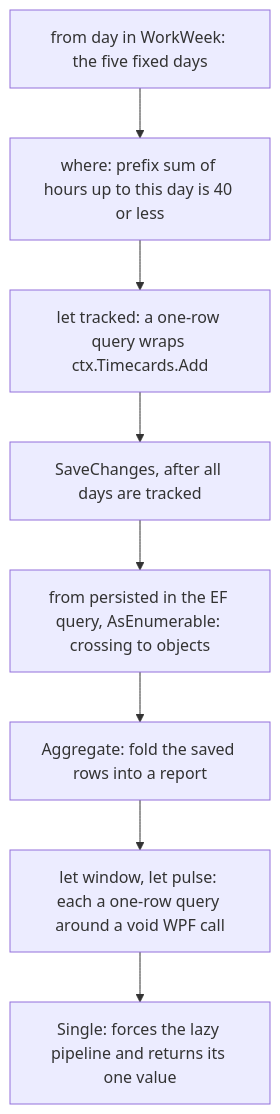
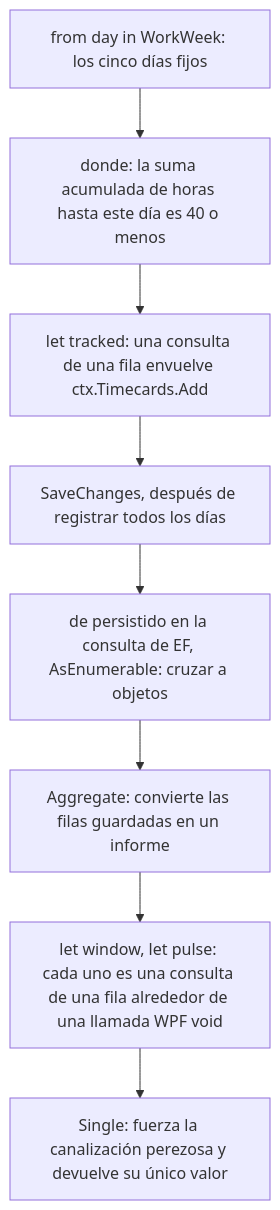
The diagram in src/LinqChallenge2/README.md (dullroar/aprende-a-programar-como-un-bicho-raro), drawn with Mermaid before and after one commit. The commit also changed other lines of this file and 17 other files, not shown here.

````diff
--- a/src/LinqChallenge2/README.md
+++ b/src/LinqChallenge2/README.md
@@ -51,12 +51,12 @@
 ```mermaid
 flowchart TD
-    accTitle: LinqChallenge2: query syntax over the five fixed days, forced by one Single
-    accDescr: A flowchart. The first query ranges over the five fixed days. Its where clause recomputes the running total as a prefix sum, with no accumulator, and keeps a day only while the total is 40 or less. A let clause wraps the EF Core Add in a one-row query to get a value from a void call. SaveChanges follows. The second query ranges over the EF Core query for this run, crossing to objects with AsEnumerable. An Aggregate folds the saved rows into a report. Further let clauses, each a one-row query, build the window and the pulse. A final Single forces the lazy pipeline to run and returns its one value.
-    A["from day in WorkWeek: the five fixed days"] --> B["where: prefix sum of hours up to this day is 40 or less"]
-    B --> C["let tracked: a one-row query wraps ctx.Timecards.Add"]
-    C --> D["SaveChanges, after all days are tracked"]
-    D --> E["from persisted in the EF query, AsEnumerable: crossing to objects"]
-    E --> F["Aggregate: fold the saved rows into a report"]
-    F --> G["let window, let pulse: each a one-row query around a void WPF call"]
-    G --> H["Single: forces the lazy pipeline and returns its one value"]
+    accTitle: LinqChallenge2: sintaxis de consulta sobre los cinco días fijos, forzada por un único Single
+    accDescr: Un diagrama de flujo. La primera consulta recorre los cinco días fijos. Su cláusula where recalcula el total acumulado como una suma de prefijos, sin acumulador, y conserva un día solo mientras el total no pasa de 40. Una cláusula let envuelve el Add de EF Core en una consulta de una fila para obtener un valor de una llamada void. SaveChanges va después. La segunda consulta recorre la consulta de EF Core de esta ejecución y pasa a objetos con AsEnumerable. Un Aggregate combina las filas guardadas en un informe. Otras cláusulas let, cada una con una consulta de una fila, construyen la ventana y el pulso. Un Single final obliga a ejecutar la canalización perezosa y devuelve su único valor.
+    A["from day in WorkWeek: los cinco días fijos"] --> B["donde: la suma acumulada de horas hasta este día es 40 o menos"]
+    B --> C["let tracked: una consulta de una fila envuelve ctx.Timecards.Add"]
+    C --> D["SaveChanges, después de registrar todos los días"]
+    D --> E["de persistido en la consulta de EF, AsEnumerable: cruzar a objetos"]
+    E --> F["Aggregate: convierte las filas guardadas en un informe"]
+    F --> G["let window, let pulse: cada uno es una consulta de una fila alrededor de una llamada WPF void"]
+    G --> H["Single: fuerza la canalización perezosa y devuelve su único valor"]
 ```
````
